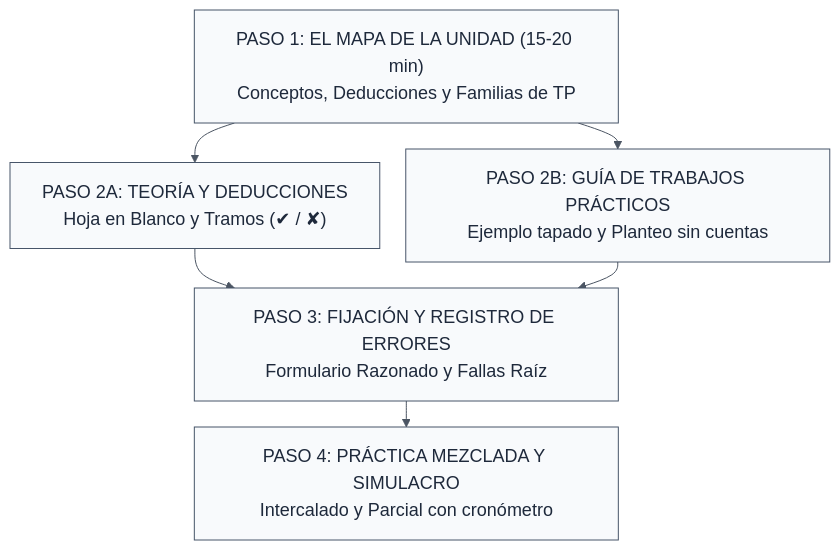
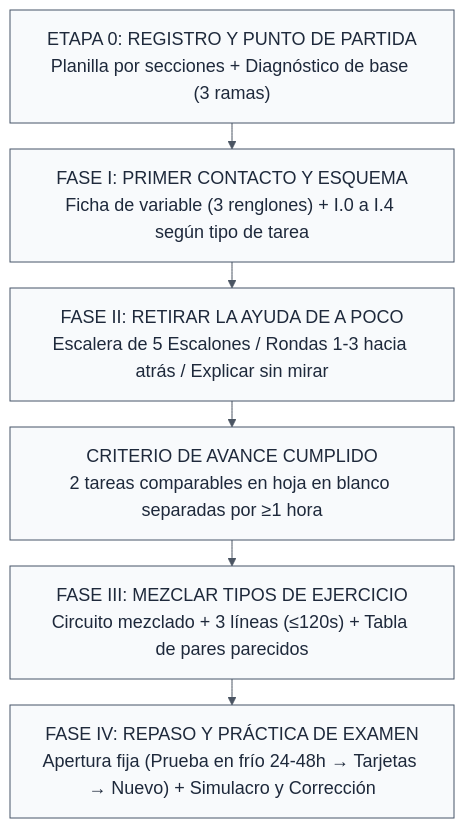
One commit to benjat3/guias-ia-facu changed the diagram in src/site/notes/20. Áreas/Sistema de Estudio con IA/08 - Sistema de Estudio Tradicional (En Papel o con IA Simple).md. Above: the diagram before and after it, drawn with Mermaid. The commit also changed other lines of this file and 2 other files, not shown here.

````diff
--- a/src/site/notes/20. Áreas/Sistema de Estudio con IA/08 - Sistema de Estudio Tradicional (En Papel o con IA Simple).md
+++ b/src/site/notes/20. Áreas/Sistema de Estudio con IA/08 - Sistema de Estudio Tradicional (En Papel o con IA Simple).md
@@ -35,8 +413,9 @@
 ```mermaid
-%%{init: {'theme': 'base', 'themeVariables': {'fontSize': '18px', 'primaryColor': '#f8fafc', 'primaryTextColor': '#1e293b', 'primaryBorderColor': '#475569', 'lineColor': '#4b5563'}, 'flowchart': {'htmlLabels': false, 'wrappingWidth': 360, 'nodeSpacing': 26, 'rankSpacing': 26, 'padding': 16}}}%%
+%%{init: {'theme': 'base', 'themeVariables': {'fontSize': '18px', 'primaryColor': '#f8fafc', 'primaryTextColor': '#1e293b', 'primaryBorderColor': '#475569', 'lineColor': '#4b5563'}, 'flowchart': {'htmlLabels': false, 'wrappingWidth': 380, 'nodeSpacing': 26, 'rankSpacing': 26, 'padding': 16}}}%%
 flowchart TD
-    F1["PASO 1: EL MAPA DE LA UNIDAD (15-20 min)<br/>Conceptos, Deducciones y Familias de TP"] --> F2A["PASO 2A: TEORÍA Y DEDUCCIONES<br/>Hoja en Blanco y Tramos (✔ / ✘)"]
-    F1 --> F2B["PASO 2B: GUÍA DE TRABAJOS PRÁCTICOS<br/>Ejemplo tapado y Planteo sin cuentas"]
-    F2A & F2B --> F3["PASO 3: FIJACIÓN Y REGISTRO DE ERRORES<br/>Formulario Razonado y Fallas Raíz"]
-    F3 --> F4["PASO 4: PRÁCTICA MEZCLADA Y SIMULACRO<br/>Intercalado y Parcial con cronómetro"]
+    E0["ETAPA 0: REGISTRO Y PUNTO DE PARTIDA<br/>Planilla por secciones + Diagnóstico de base (3 ramas)"] --> FI["FASE I: PRIMER CONTACTO Y ESQUEMA<br/>Ficha de variable (3 renglones) + I.0 a I.4 según tipo de tarea"]
+    FI --> FII["FASE II: RETIRAR LA AYUDA DE A POCO<br/>Escalera de 5 Escalones / Rondas 1-3 hacia atrás / Explicar sin mirar"]
+    FII --> C2["CRITERIO DE AVANCE CUMPLIDO<br/>2 tareas comparables en hoja en blanco separadas por ≥1 hora"]
+    C2 --> FIII["FASE III: MEZCLAR TIPOS DE EJERCICIO<br/>Circuito mezclado + 3 líneas (≤120s) + Tabla de pares parecidos"]
+    FIII --> FIV["FASE IV: REPASO Y PRÁCTICA DE EXAMEN<br/>Apertura fija (Prueba en frío 24-48h → Tarjetas → Nuevo) + Simulacro y Corrección"]
 ```
````
